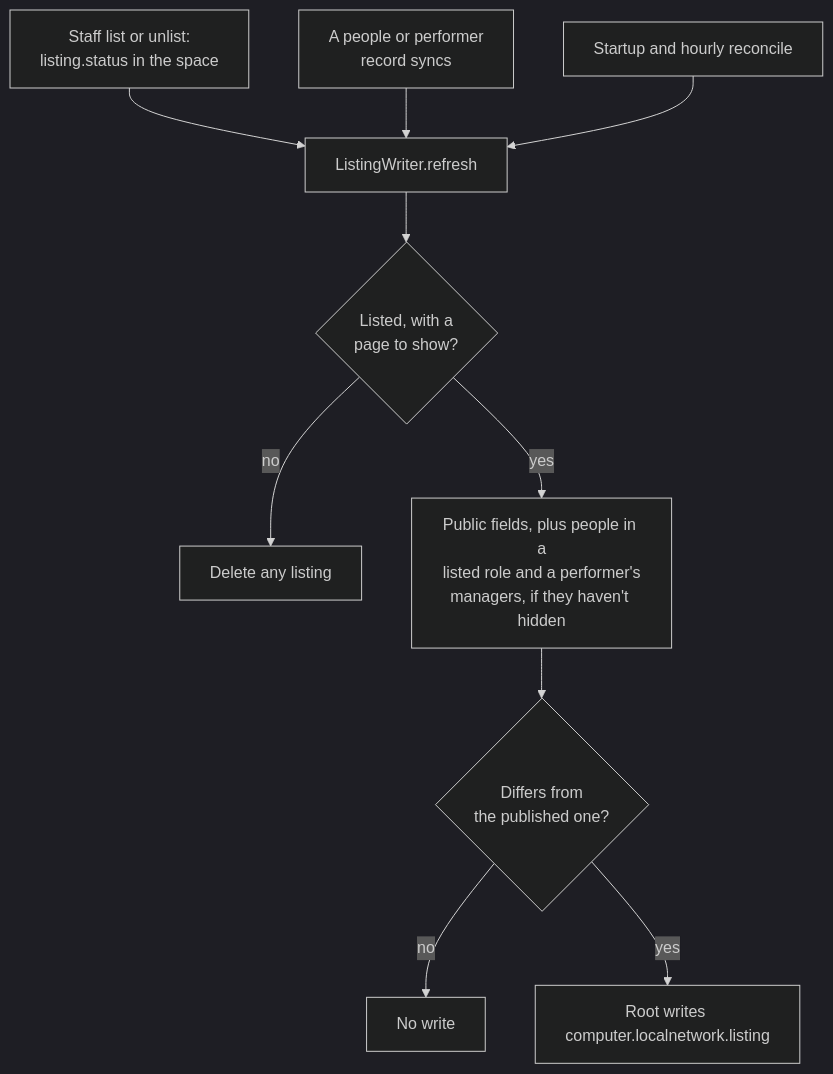
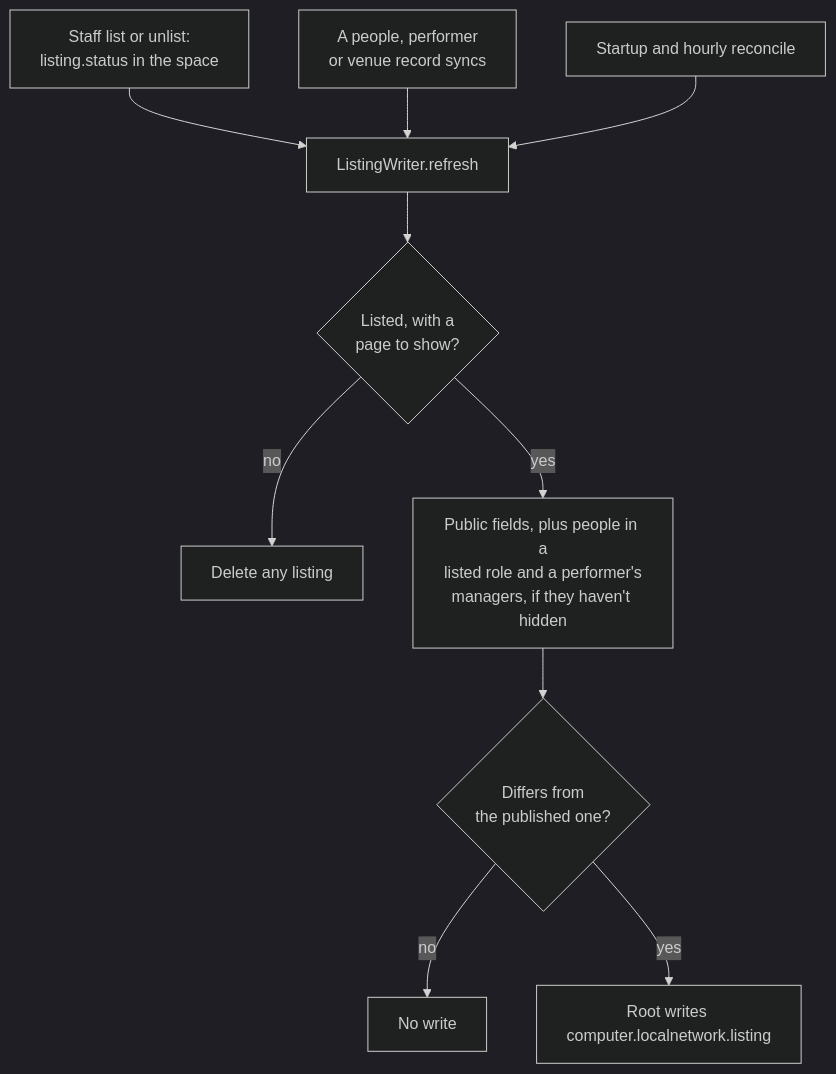
One commit to cutenode/localnetwork changed the eighth of 10 diagrams in apps/web/docs/diagrams/staff-and-upkeep.md. Above: the diagram before and after it, drawn with Mermaid (dark theme). The commit also changed other lines of this file and 38 other files, not shown here.

````diff
--- a/apps/web/docs/diagrams/staff-and-upkeep.md
+++ b/apps/web/docs/diagrams/staff-and-upkeep.md
@@ -165,12 +165,12 @@
 ```mermaid
 flowchart TD
   Status["Staff list or unlist:<br/>listing.status in the space"] --> Refresh["ListingWriter.refresh"]
-  People["A people or performer<br/>record syncs"] --> Refresh
+  People["A people, performer<br/>or venue record syncs"] --> Refresh
   Hourly["Startup and hourly reconcile"] --> Refresh
   Refresh --> Source{"Listed, with a<br/>page to show?"}
   Source -- "no" --> Delete["Delete any listing"]
   Source -- "yes" --> Build["Public fields, plus people in a<br/>listed role and a performer's<br/>managers, if they haven't hidden"]
   Build --> Same{"Differs from<br/>the published one?"}
   Same -- "no" --> Skip["No write"]
   Same -- "yes" --> Put["Root writes computer.localnetwork.listing"]
 ```
````
